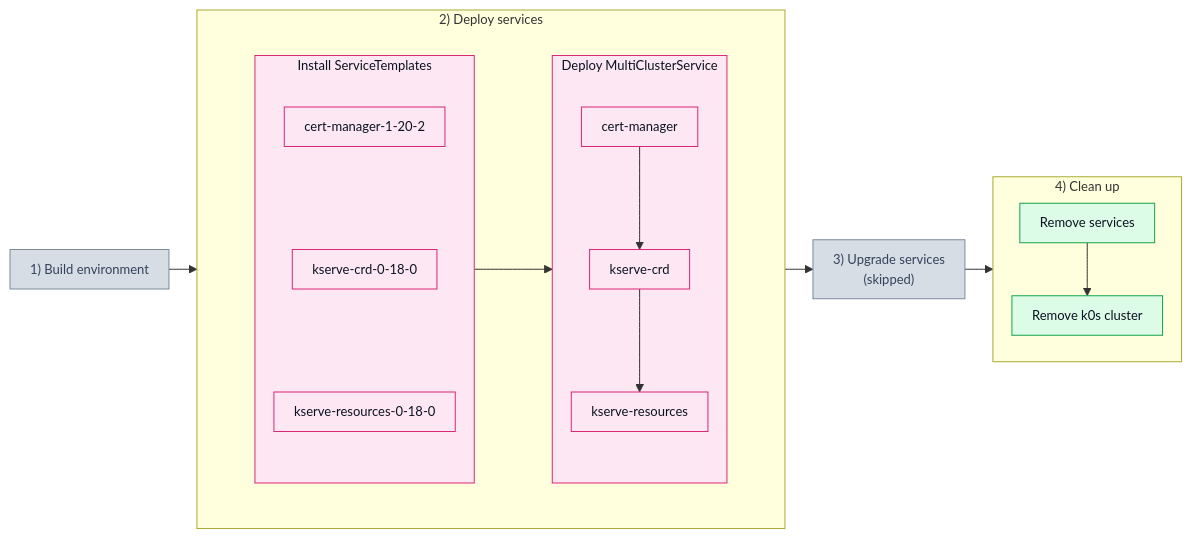
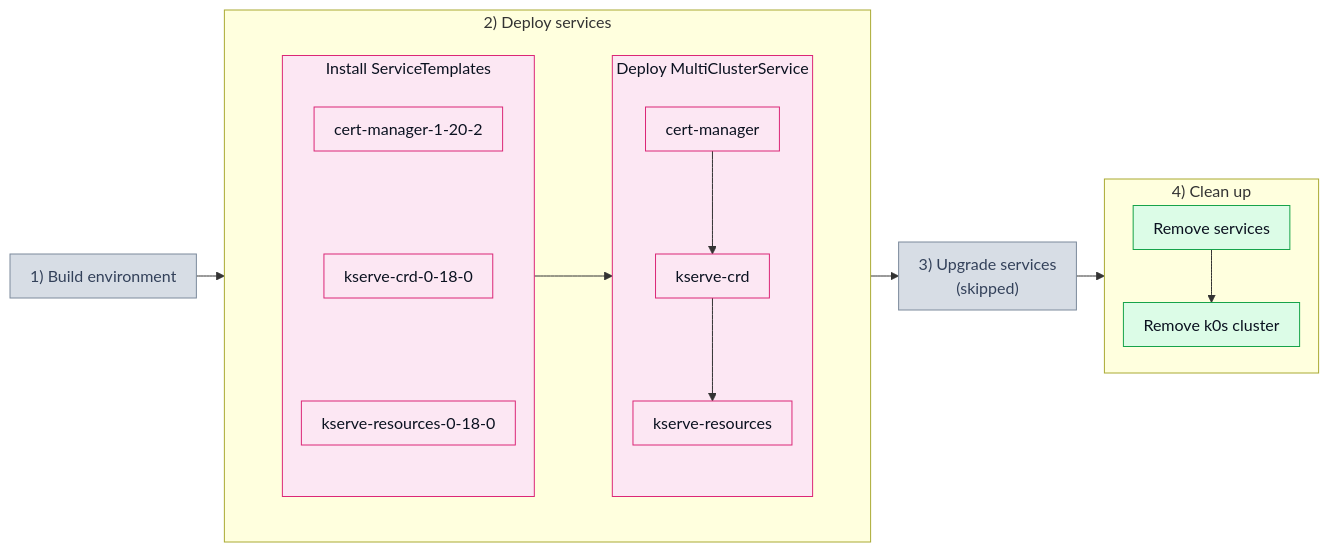
Before and after one commit to josef-hak/ksm-tests: the second of 2 diagrams in test_scenarios/201_svcdep.md, drawn with Mermaid.

Commit message:
docs: drop the monospace override that clipped labels

````diff
--- a/test_scenarios/201_svcdep.md
+++ b/test_scenarios/201_svcdep.md
@@ -29,40 +29,40 @@
 ```mermaid
-%%{init: {'themeVariables': {'fontFamily': 'ui-monospace, SFMono-Regular, Menlo, Consolas, monospace', 'fontSize': '13px'}, 'flowchart': {'padding': 10, 'nodeSpacing': 18, 'rankSpacing': 28}}}%%
+%%{init: {'flowchart': {'padding': 10, 'nodeSpacing': 18, 'rankSpacing': 28}}}%%
 flowchart LR
     P1["1) Build environment"]
 
     subgraph P2["2) Deploy services"]
         subgraph W2[" "]
             direction LR
             subgraph D1["Install ServiceTemplates"]
                 direction TB
                 T1["cert-manager-1-20-2"] ~~~ T2["kserve-crd-0-18-0"] ~~~ T3["kserve-resources-0-18-0"]
             end
 
             subgraph D2["Deploy MultiClusterService"]
                 direction TB
                 M1["cert-manager"] --> M2["kserve-crd"] --> M3["kserve-resources"]
             end
 
             D1 --> D2
         end
     end
 
     P3["3) Upgrade services<br/>(skipped)"]
 
     subgraph P4["4) Clean up"]
         C1["Remove services"] --> C2["Remove k0s cluster"]
     end
 
     P1 --> P2 --> P3 --> P4
 
     classDef off fill:#d7dde5,stroke:#7c8a9c,color:#33415a
     classDef pink fill:#fce7f3,stroke:#db2777,color:#0b1220
     classDef green fill:#dcfce7,stroke:#16a34a,color:#0b1220
     classDef bare fill:none,stroke:none
 
     class P1,P3 off
     class D1,D2,T1,T2,T3,M1,M2,M3 pink
     class C1,C2 green
     class W2 bare
 ```
````
